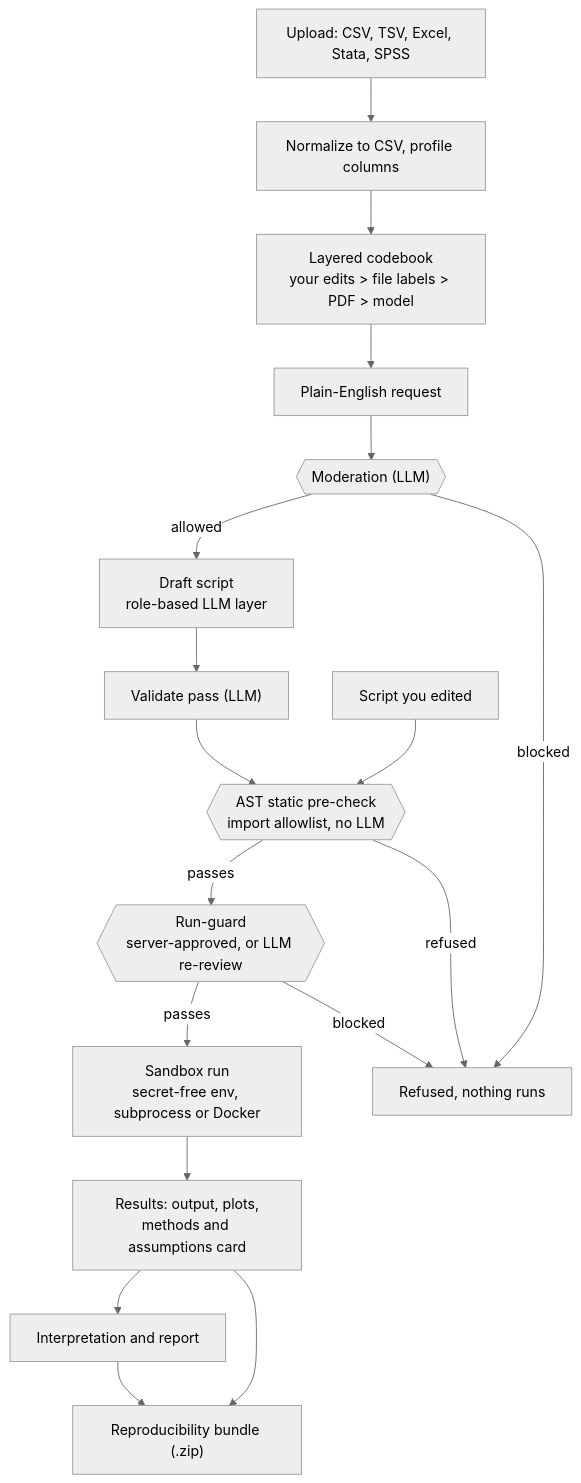
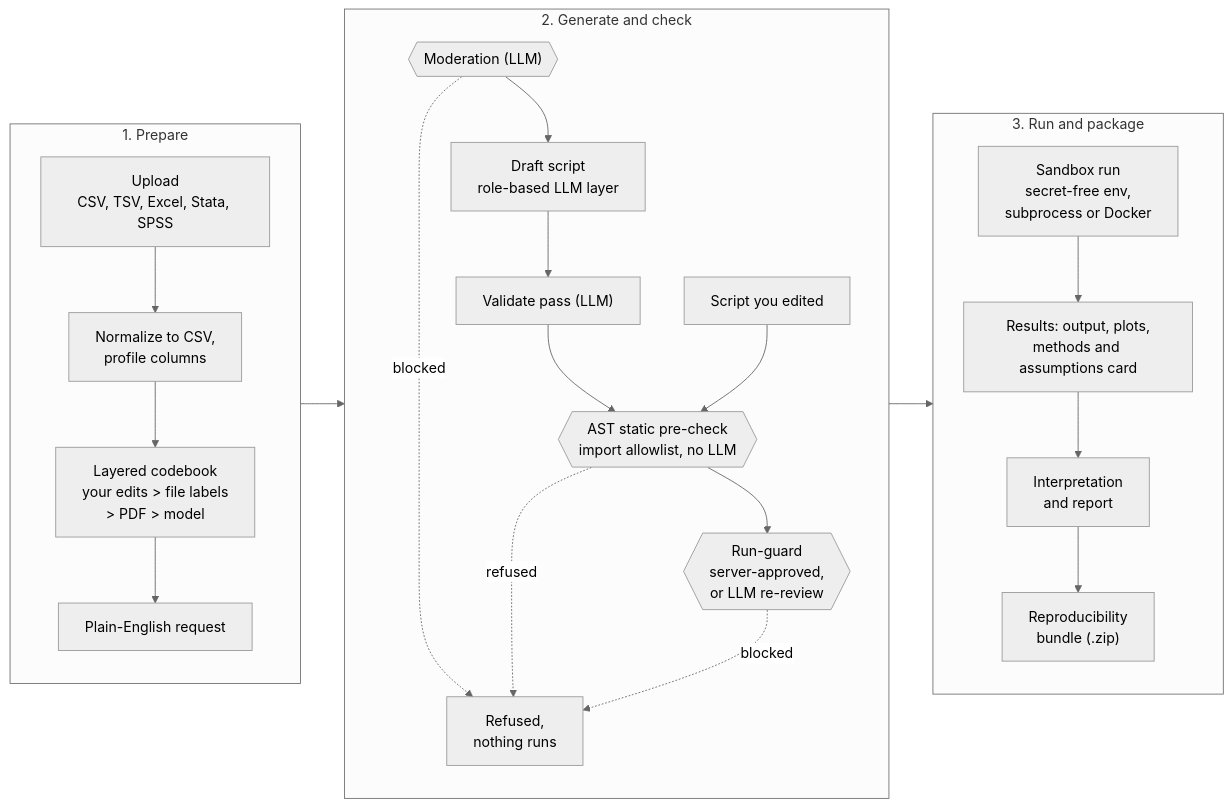
The diagram in README.md (yib7/STATlee), drawn with Mermaid (neutral theme) before and after one commit.

Commit message:
docs(readme): lay the flow diagram out in three columns so it fits on screen

````diff
--- a/README.md
+++ b/README.md
@@ -75,20 +75,27 @@
 ```mermaid
-flowchart TD
-    A["Upload: CSV, TSV, Excel, Stata, SPSS"] --> B["Normalize to CSV, profile columns"]
-    B --> C["Layered codebook<br/>your edits > file labels > PDF > model"]
-    C --> D["Plain-English request"]
-    D --> E{{"Moderation (LLM)"}}
-    E -->|allowed| F["Draft script<br/>role-based LLM layer"]
-    F --> G["Validate pass (LLM)"]
-    G --> H{{"AST static pre-check<br/>import allowlist, no LLM"}}
-    P["Script you edited"] --> H
-    H -->|passes| I{{"Run-guard<br/>server-approved, or LLM re-review"}}
-    I -->|passes| J["Sandbox run<br/>secret-free env, subprocess or Docker"]
-    J --> K["Results: output, plots,<br/>methods and assumptions card"]
-    K --> L["Interpretation and report"]
-    K --> M["Reproducibility bundle (.zip)"]
-    L --> M
-    E -->|blocked| X["Refused, nothing runs"]
-    H -->|refused| X
-    I -->|blocked| X
+flowchart LR
+    subgraph prep["1. Prepare"]
+        direction TB
+        A["Upload<br/>CSV, TSV, Excel, Stata, SPSS"] --> B["Normalize to CSV,<br/>profile columns"]
+        B --> C["Layered codebook<br/>your edits > file labels<br/>> PDF > model"]
+        C --> D["Plain-English request"]
+    end
+    subgraph gen["2. Generate and check"]
+        direction TB
+        E{{"Moderation (LLM)"}} --> F["Draft script<br/>role-based LLM layer"]
+        F --> G["Validate pass (LLM)"]
+        G --> H{{"AST static pre-check<br/>import allowlist, no LLM"}}
+        P["Script you edited"] --> H
+        H --> I{{"Run-guard<br/>server-approved,<br/>or LLM re-review"}}
+        E -. blocked .-> X["Refused,<br/>nothing runs"]
+        H -. refused .-> X
+        I -. blocked .-> X
+    end
+    subgraph run["3. Run and package"]
+        direction TB
+        J["Sandbox run<br/>secret-free env,<br/>subprocess or Docker"] --> K["Results: output, plots,<br/>methods and assumptions card"]
+        K --> L["Interpretation<br/>and report"]
+        L --> M["Reproducibility<br/>bundle (.zip)"]
+    end
+    prep --> gen --> run
 ```
````
